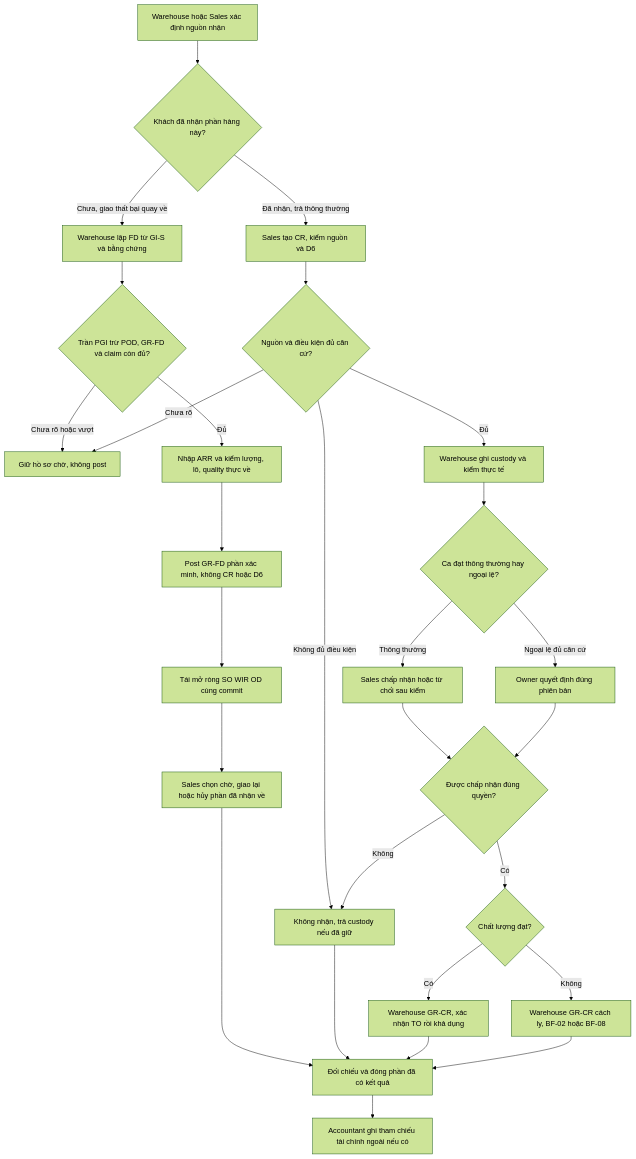
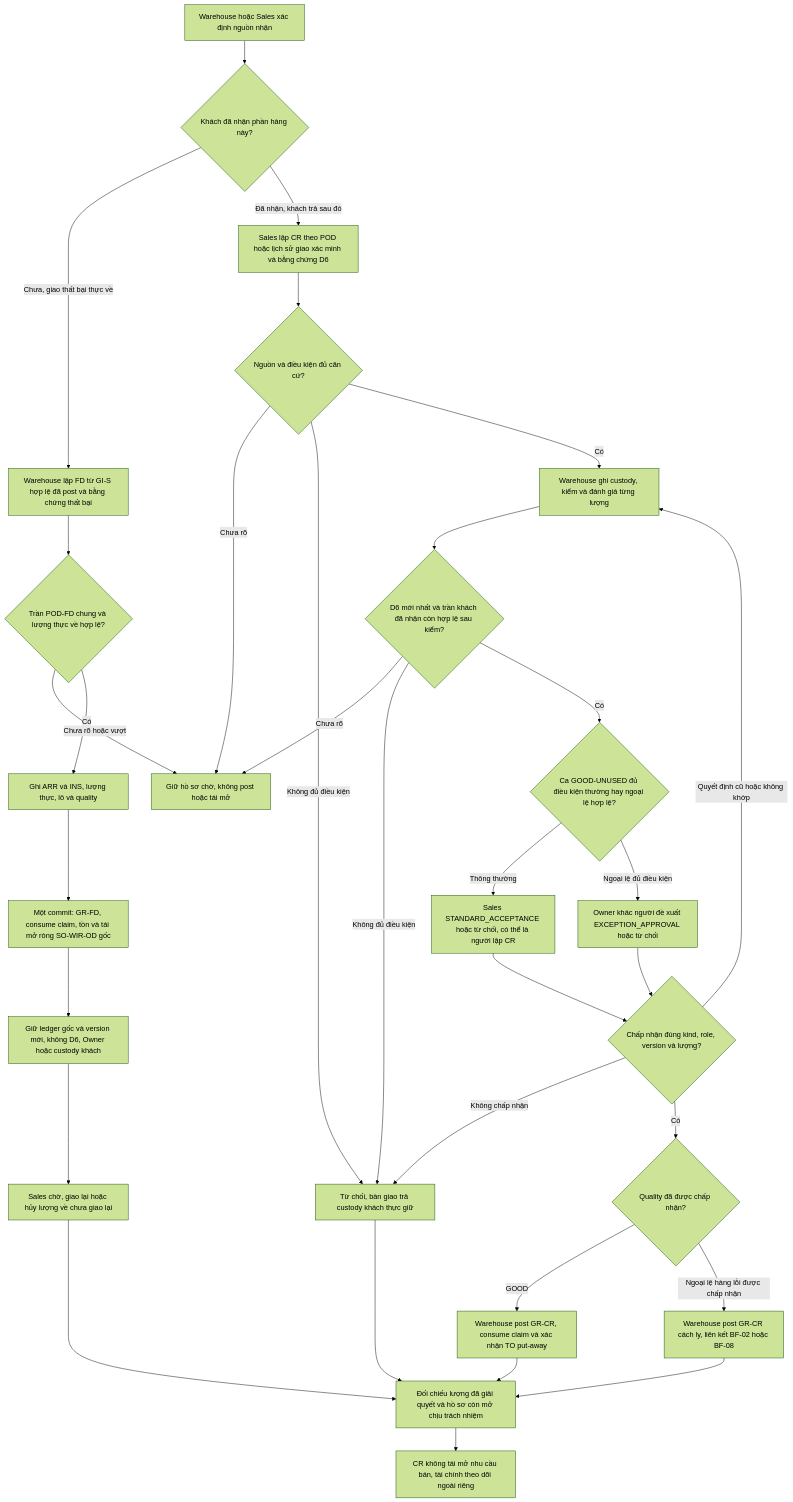
One commit to minhbach032003/docs_doan changed the eighth of 9 diagrams in docs/02_nghiep_vu/de_xuat_quy_trinh_2_VI.md. Above: the diagram before and after it, drawn with Mermaid (forest theme). The commit also changed other lines of this file and 25 other files, not shown here.

Commit message:
update mới theo góp ý của gv

````diff
--- a/docs/02_nghiep_vu/de_xuat_quy_trinh_2_VI.md
+++ b/docs/02_nghiep_vu/de_xuat_quy_trinh_2_VI.md
@@ -821,30 +856,35 @@
 ```mermaid
+%% WMSD business baseline 3.1.0 - synchronized 2026-10-25
 flowchart TD
  A[Warehouse hoặc Sales xác định nguồn nhận] --> B{Khách đã nhận phần hàng này?}
- B -->|Chưa, giao thất bại quay về| F1[Warehouse lập FD từ GI-S và bằng chứng]
- F1 --> F2{Trần PGI trừ POD, GR-FD và claim còn đủ?}
- F2 -->|Chưa rõ hoặc vượt| W[Giữ hồ sơ chờ, không post]
- F2 -->|Đủ| F3[Nhập ARR và kiểm lượng, lô, quality thực về]
- F3 --> F4[Post GR-FD phần xác minh, không CR hoặc D6]
- F4 --> F5[Tái mở ròng SO WIR OD cùng commit]
- F5 --> F6[Sales chọn chờ, giao lại hoặc hủy phần đã nhận về]
- F6 --> Z[Đối chiếu và đóng phần đã có kết quả]
- B -->|Đã nhận, trả thông thường| C1[Sales tạo CR, kiểm nguồn và D6]
+ B -->|Chưa, giao thất bại thực về| F1[Warehouse lập FD từ GI-S hợp lệ đã post và bằng chứng thất bại]
+ F1 --> F2{Trần POD-FD chung và lượng thực về hợp lệ?}
+ F2 -->|Chưa rõ hoặc vượt| W[Giữ hồ sơ chờ, không post hoặc tái mở]
+ F2 -->|Có| F3[Ghi ARR và INS, lượng thực, lô và quality]
+ F3 --> F4[Một commit: GR-FD, consume claim, tồn và tái mở ròng SO-WIR-OD gốc]
+ F4 --> F5[Giữ ledger gốc và version mới, không D6, Owner hoặc custody khách]
+ F5 --> F6[Sales chờ, giao lại hoặc hủy lượng về chưa giao lại]
+ F6 --> Z[Đối chiếu lượng đã giải quyết và hồ sơ còn mở chịu trách nhiệm]
+ B -->|Đã nhận, khách trả sau đó| C1[Sales lập CR theo POD hoặc lịch sử giao xác minh và bằng chứng D6]
  C1 --> C2{Nguồn và điều kiện đủ căn cứ?}
  C2 -->|Chưa rõ| W
- C2 -->|Không đủ điều kiện| R[Không nhận, trả custody nếu đã giữ]
- C2 -->|Đủ| C3[Warehouse ghi custody và kiểm thực tế]
- C3 --> C4{Ca đạt thông thường hay ngoại lệ?}
- C4 -->|Thông thường| S[Sales chấp nhận hoặc từ chối sau kiểm]
- C4 -->|Ngoại lệ đủ căn cứ| O[Owner quyết định đúng phiên bản]
- S --> D{Được chấp nhận đúng quyền?}
+ C2 -->|Không đủ điều kiện| R[Từ chối, bàn giao trả custody khách thực giữ]
+ C2 -->|Có| C3[Warehouse ghi custody, kiểm và đánh giá từng lượng]
+ C3 --> C31{D6 mới nhất và trần khách đã nhận còn hợp lệ sau kiểm?}
+ C31 -->|Chưa rõ| W
+ C31 -->|Không đủ điều kiện| R
+ C31 -->|Có| C4{Ca GOOD-UNUSED đủ điều kiện thường hay ngoại lệ hợp lệ?}
+ C4 -->|Thông thường| S[Sales STANDARD_ACCEPTANCE hoặc từ chối, có thể là người lập CR]
+ C4 -->|Ngoại lệ đủ điều kiện| O[Owner khác người đề xuất EXCEPTION_APPROVAL hoặc từ chối]
+ S --> D{Chấp nhận đúng kind, role, version và lượng?}
  O --> D
- D -->|Không| R
- D -->|Có| Q{Chất lượng đạt?}
- Q -->|Có| G[Warehouse GR-CR, xác nhận TO rồi khả dụng]
- Q -->|Không| H[Warehouse GR-CR cách ly, BF-02 hoặc BF-08]
+ D -->|Không chấp nhận| R
+ D -->|Quyết định cũ hoặc không khớp| C3
+ D -->|Có| Q{Quality đã được chấp nhận?}
+ Q -->|GOOD| G[Warehouse post GR-CR, consume claim và xác nhận TO put-away]
+ Q -->|Ngoại lệ hàng lỗi được chấp nhận| H[Warehouse post GR-CR cách ly, liên kết BF-02 hoặc BF-08]
  R --> Z
  G --> Z
  H --> Z
- Z --> X[Accountant ghi tham chiếu tài chính ngoài nếu có]
+ Z --> X[CR không tái mở nhu cầu bán, tài chính theo dõi ngoài riêng]
 ```
````
